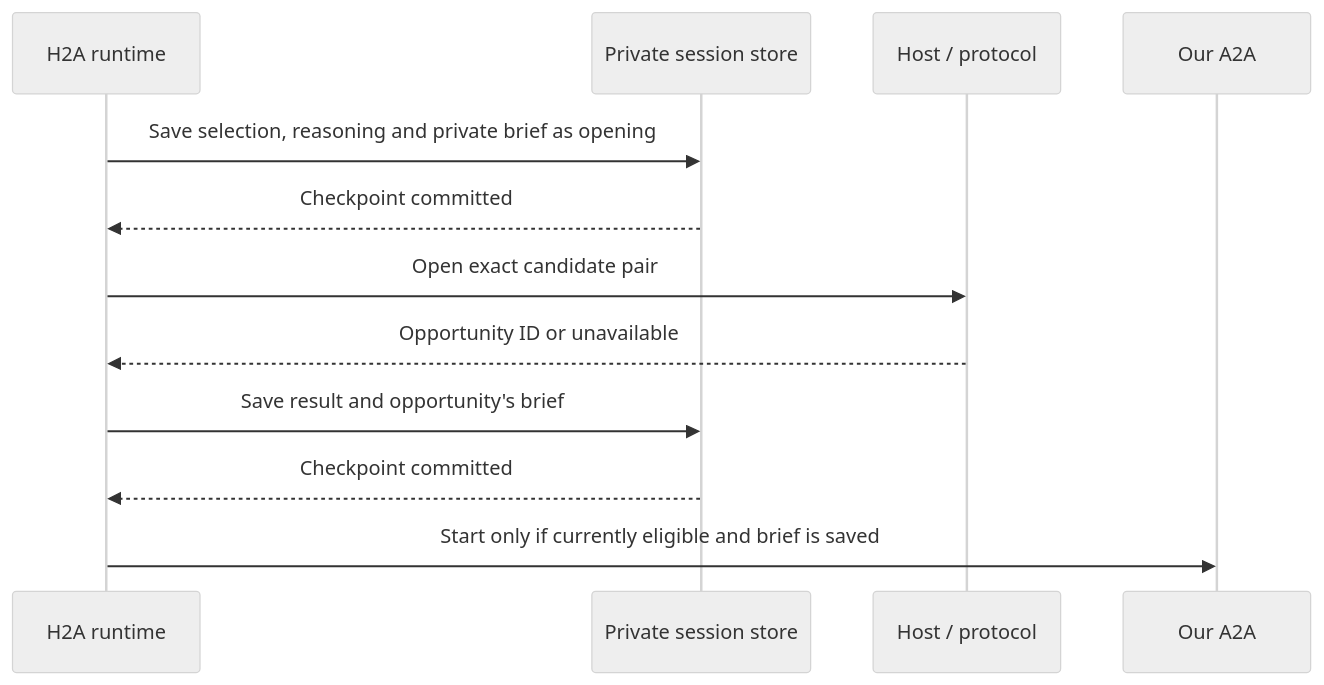
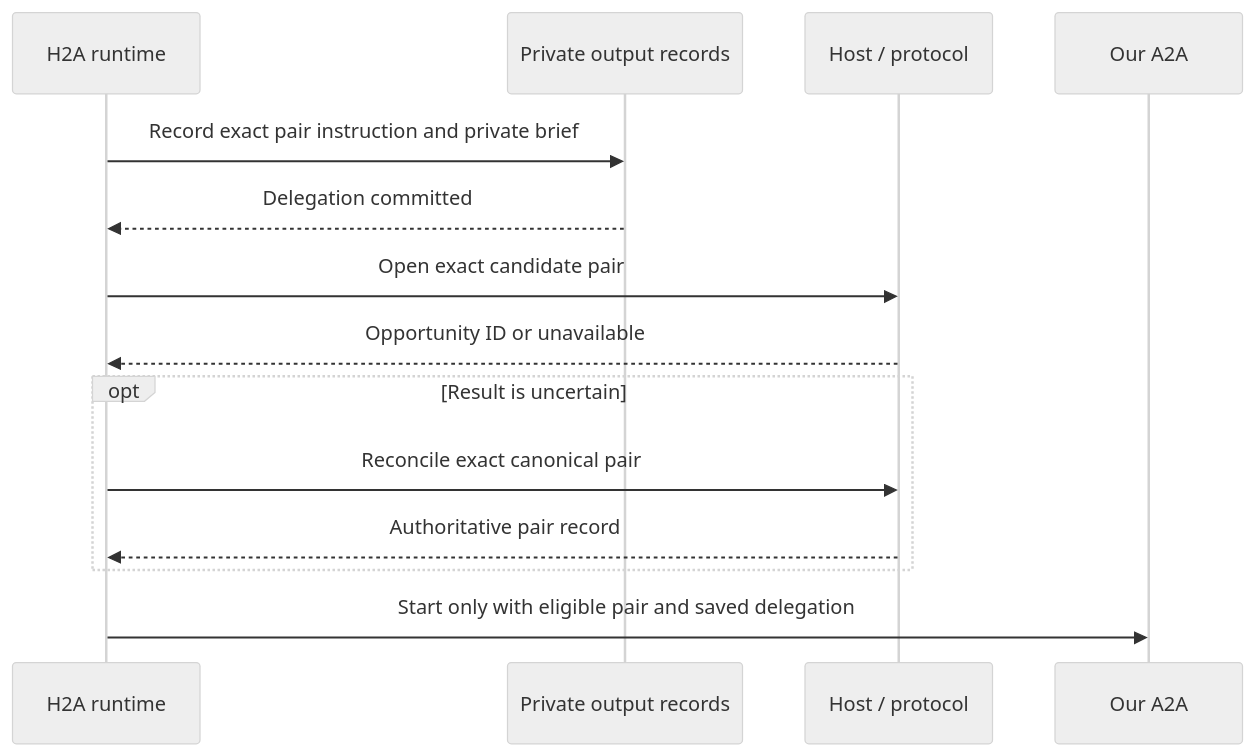
The second of 2 diagrams in docs/agent-enhancement/discovery.md (indexnetwork/index), drawn with Mermaid (neutral theme) before and after one commit. The commit also changed other lines of this file and 9 other files, not shown here.

````diff
--- a/docs/agent-enhancement/discovery.md
+++ b/docs/agent-enhancement/discovery.md
@@ -84,14 +86,16 @@
 ```mermaid
 sequenceDiagram
     participant H as H2A runtime
-    participant S as Private session store
+    participant S as Private output records
     participant P as Host / protocol
     participant A as Our A2A
-    H->>S: Save selection, reasoning and private brief as opening
-    S-->>H: Checkpoint committed
+    H->>S: Record exact pair instruction and private brief
+    S-->>H: Delegation committed
     H->>P: Open exact candidate pair
     P-->>H: Opportunity ID or unavailable
-    H->>S: Save result and opportunity's brief
-    S-->>H: Checkpoint committed
-    H->>A: Start only if currently eligible and brief is saved
+    opt Result is uncertain
+        H->>P: Reconcile exact canonical pair
+        P-->>H: Authoritative pair record
+    end
+    H->>A: Start only with eligible pair and saved delegation
 ```
````
